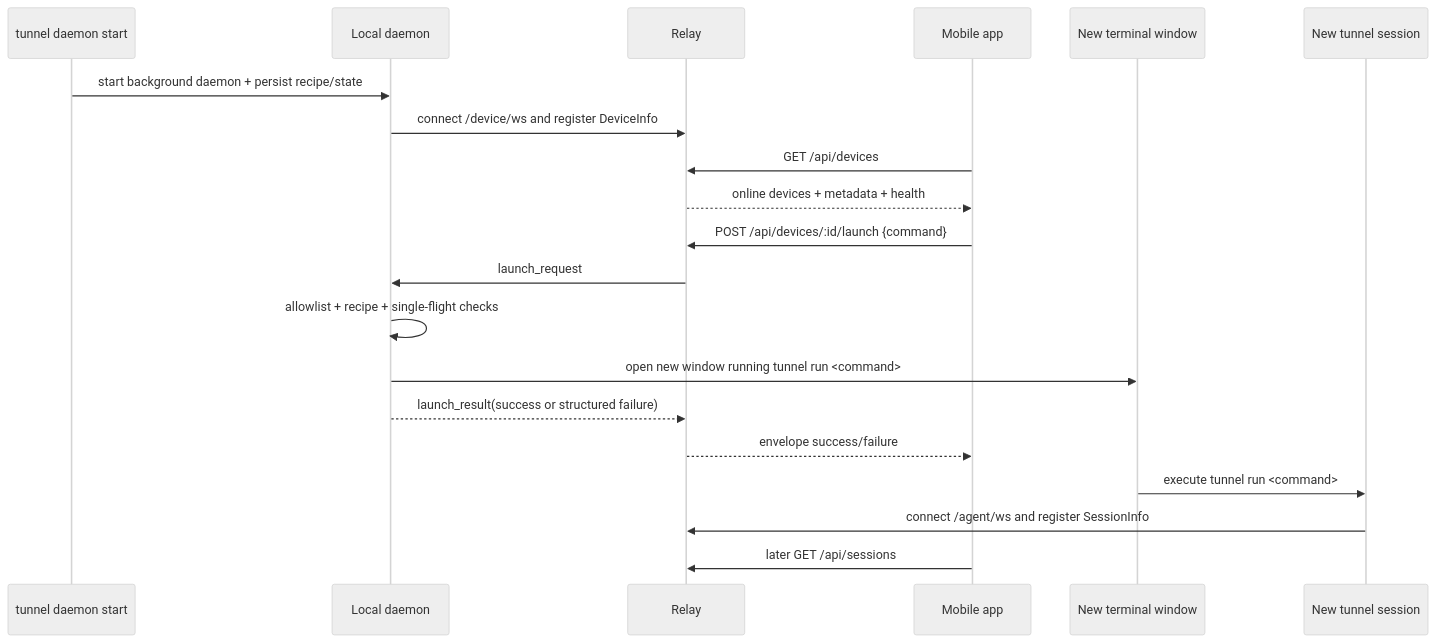
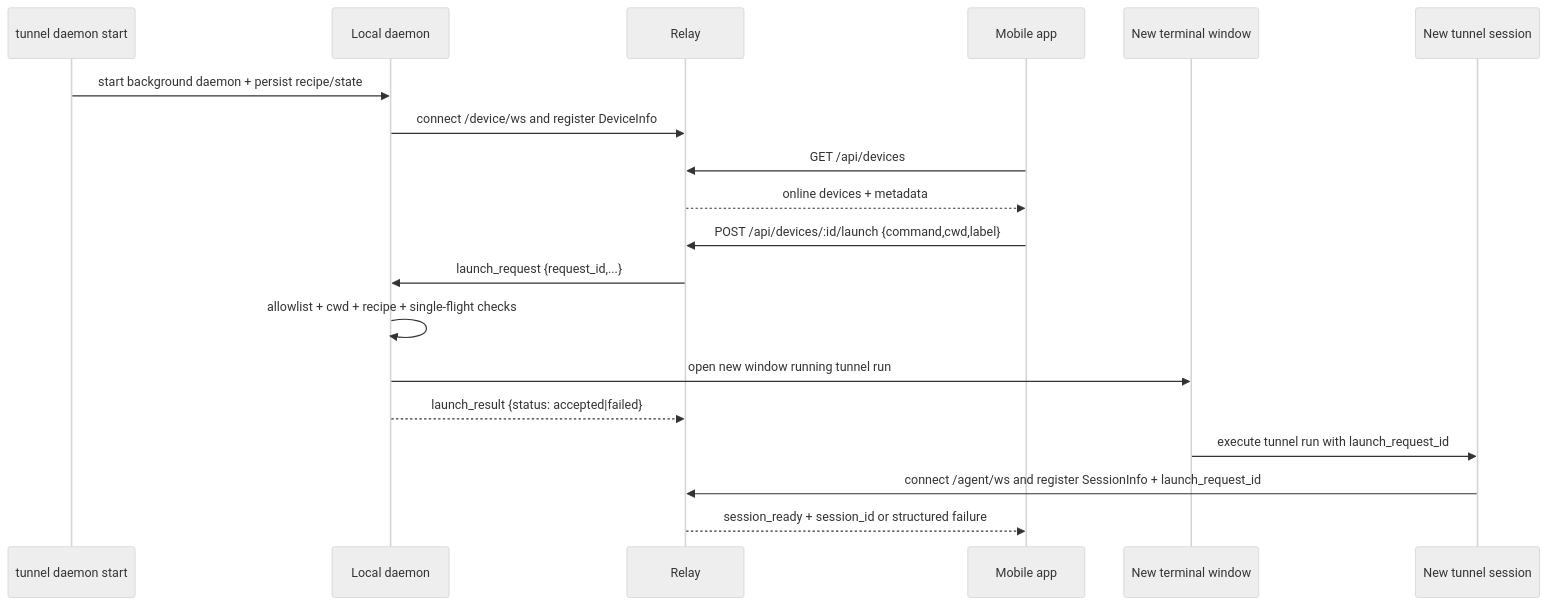
Before and after one commit to yuanbohan/agent-tunnel: the first of 2 diagrams in docs/plans/2026-04-17-001-feat-mobile-device-launch-daemon-plan.md, drawn with Mermaid (neutral theme). The commit also changed other lines of this file and 27 other files, not shown here.

First line of the commit message:
Support cwd-based device launches and session readiness (#50)

````diff
--- a/docs/plans/2026-04-17-001-feat-mobile-device-launch-daemon-plan.md
+++ b/docs/plans/2026-04-17-001-feat-mobile-device-launch-daemon-plan.md
@@ -234,23 +252,22 @@
 ```mermaid
 sequenceDiagram
     participant CLI as tunnel daemon start
     participant D as Local daemon
     participant R as Relay
     participant M as Mobile app
     participant T as New terminal window
     participant S as New tunnel session
 
     CLI->>D: start background daemon + persist recipe/state
     D->>R: connect /device/ws and register DeviceInfo
     M->>R: GET /api/devices
-    R-->>M: online devices + metadata + health
-    M->>R: POST /api/devices/:id/launch {command}
-    R->>D: launch_request
-    D->>D: allowlist + recipe + single-flight checks
-    D->>T: open new window running tunnel run <command>
-    D-->>R: launch_result(success or structured failure)
-    R-->>M: envelope success/failure
-    T->>S: execute tunnel run <command>
-    S->>R: connect /agent/ws and register SessionInfo
-    M->>R: later GET /api/sessions
+    R-->>M: online devices + metadata
+    M->>R: POST /api/devices/:id/launch {command,cwd,label}
+    R->>D: launch_request {request_id,...}
+    D->>D: allowlist + cwd + recipe + single-flight checks
+    D->>T: open new window running tunnel run
+    D-->>R: launch_result {status: accepted|failed}
+    T->>S: execute tunnel run with launch_request_id
+    S->>R: connect /agent/ws and register SessionInfo + launch_request_id
+    R-->>M: session_ready + session_id or structured failure
 ```
````
